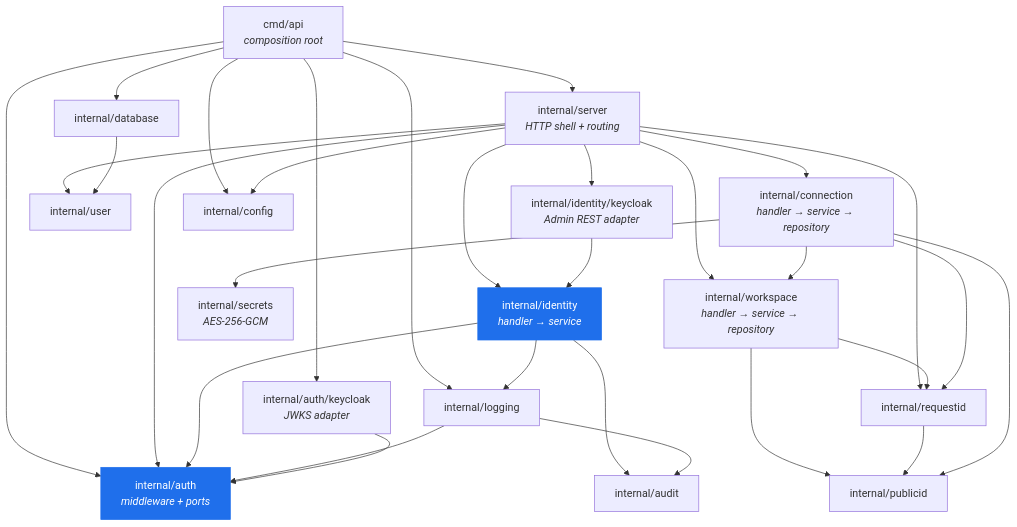
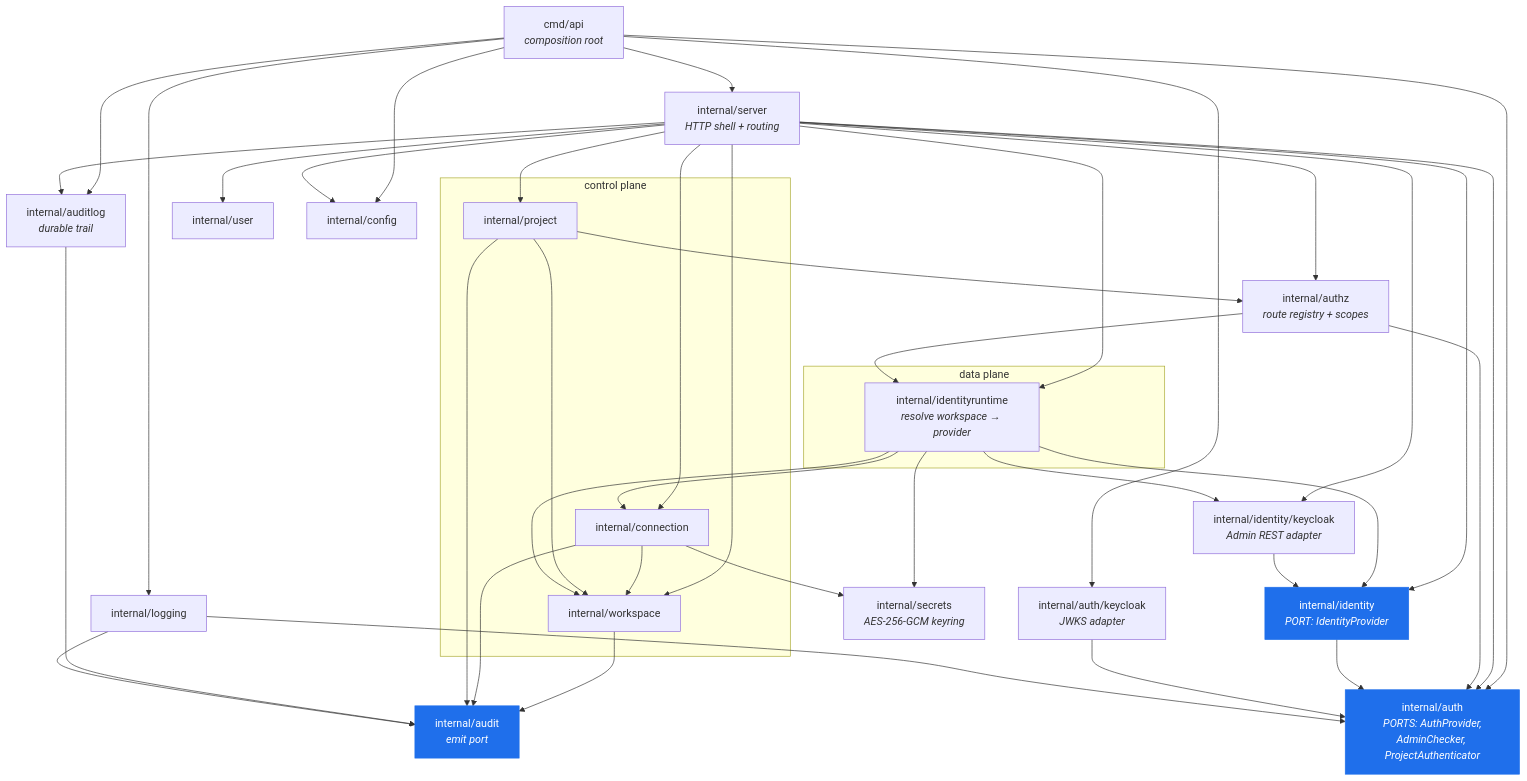
Before and after one commit to JoaoGabrielVianna/lightweight-saas-backend: the first of 10 diagrams in docs/ARCHITECTURE.md, drawn with Mermaid. The commit also changed other lines of this file and 23 other files, not shown here.

````diff
--- a/docs/ARCHITECTURE.md
+++ b/docs/ARCHITECTURE.md
@@ -34,57 +136,74 @@
 ```mermaid
 flowchart TD
     main["cmd/api<br/><i>composition root</i>"]
     server["internal/server<br/><i>HTTP shell + routing</i>"]
-    identity["internal/identity<br/><i>handler → service</i>"]
+
+    subgraph control["control plane"]
+      workspace["internal/workspace"]
+      conn["internal/connection"]
+      project["internal/project"]
+    end
+
+    subgraph dataplane["data plane"]
+      idrt["internal/identityruntime<br/><i>resolve workspace → provider</i>"]
+    end
+
+    identity["internal/identity<br/><i>PORT: IdentityProvider</i>"]
     idkc["internal/identity/keycloak<br/><i>Admin REST adapter</i>"]
-    auth["internal/auth<br/><i>middleware + ports</i>"]
+    auth["internal/auth<br/><i>PORTS: AuthProvider,<br/>AdminChecker, ProjectAuthenticator</i>"]
     authkc["internal/auth/keycloak<br/><i>JWKS adapter</i>"]
+    authz["internal/authz<br/><i>route registry + scopes</i>"]
+    auditlog["internal/auditlog<br/><i>durable trail</i>"]
+    audit["internal/audit<br/><i>emit port</i>"]
     user["internal/user"]
-    workspace["internal/workspace<br/><i>handler → service → repository</i>"]
-    conn["internal/connection<br/><i>handler → service → repository</i>"]
-    secretsPkg["internal/secrets<br/><i>AES-256-GCM</i>"]
-    audit["internal/audit"]
+    secretsPkg["internal/secrets<br/><i>AES-256-GCM keyring</i>"]
     logging["internal/logging"]
-    db["internal/database"]
     cfg["internal/config"]
-    pubid["internal/publicid"]
-    reqid["internal/requestid"]
 
     main --> server
     main --> auth
     main --> authkc
-    main --> db
     main --> cfg
     main --> logging
+    main --> auditlog
 
+    server --> workspace
+    server --> conn
+    server --> project
+    server --> idrt
+    server --> auditlog
+    server --> authz
     server --> identity
+    server --> idkc
     server --> user
-    server --> workspace
     server --> auth
-    server --> idkc
     server --> cfg
-    server --> reqid
 
-    workspace --> pubid
-    workspace --> reqid
-    reqid --> pubid
-
-    server --> conn
     conn --> workspace
     conn --> secretsPkg
-    conn --> pubid
-    conn --> reqid
+    project --> workspace
+    project --> authz
+
+    idrt --> conn
+    idrt --> workspace
+    idrt --> identity
+    idrt --> idkc
+    idrt --> secretsPkg
+
+    authz --> auth
+    authz --> idrt
 
     identity --> auth
-    identity --> audit
-    identity --> logging
     idkc --> identity
+    authkc --> auth
 
+    workspace --> audit
+    conn --> audit
+    project --> audit
+    auditlog --> audit
     logging --> audit
     logging --> auth
-    authkc --> auth
-    db --> user
 
     classDef port fill:#1f6feb,stroke:#1f6feb,color:#fff
-    class auth,identity port
+    class auth,identity,audit port
 ```
````
